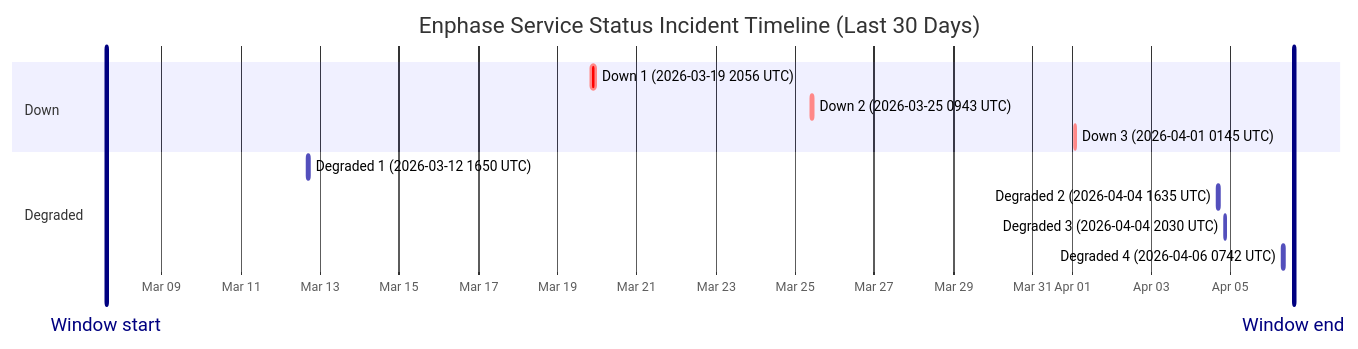
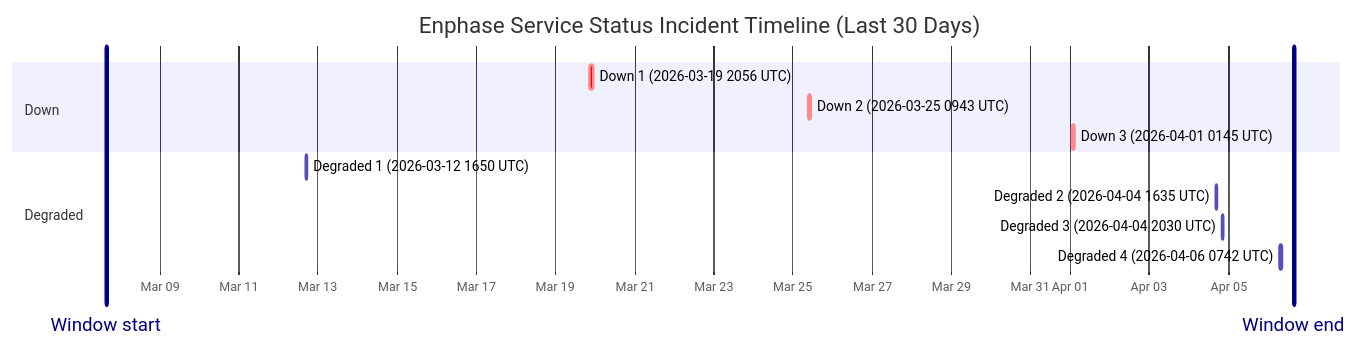
One commit to barneyonline/ha-enphase-ev-charger changed the diagram in wiki/Service-Status-History.md. Above: the diagram before and after it, drawn with Mermaid. The commit also changed other lines of this file and 3 other files, not shown here.

````diff
--- a/wiki/Service-Status-History.md
+++ b/wiki/Service-Status-History.md
@@ -14,17 +14,17 @@
 ```mermaid
 gantt
     title Enphase Service Status Incident Timeline (Last 30 Days)
     dateFormat  YYYY-MM-DDTHH:mm:ss
     axisFormat  %b %d
-    Window start :vert, window-start, 2026-03-07T14:30:28, 0ms
-    Window end :vert, window-end, 2026-04-06T14:30:28, 0ms
+    Window start :vert, window-start, 2026-03-07T15:45:07, 0ms
+    Window end :vert, window-end, 2026-04-06T15:45:07, 0ms
     section Down
     Down 1 (2026-03-19 2056 UTC) :crit, down-1, 2026-03-19T20:56:20, 145m
     Down 2 (2026-03-25 0943 UTC) :crit, down-2, 2026-03-25T09:43:28, 111m
     Down 3 (2026-04-01 0145 UTC) :crit, down-3, 2026-04-01T01:45:09, 60m
     section Degraded
     Degraded 1 (2026-03-12 1650 UTC) :active, degraded-1, 2026-03-12T16:50:43, 60m
     Degraded 2 (2026-04-04 1635 UTC) :active, degraded-2, 2026-04-04T16:35:17, 60m
     Degraded 3 (2026-04-04 2030 UTC) :active, degraded-3, 2026-04-04T20:30:40, 60m
     Degraded 4 (2026-04-06 0742 UTC) :active, degraded-4, 2026-04-06T07:42:09, 85m
 ```
````
